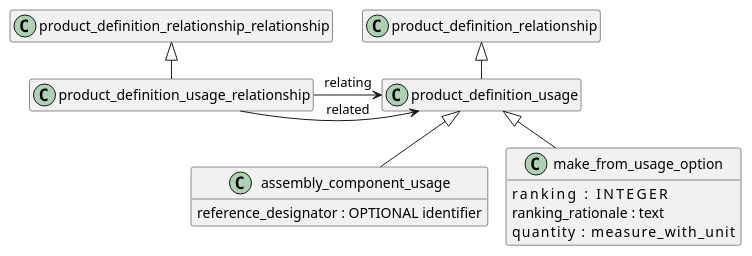
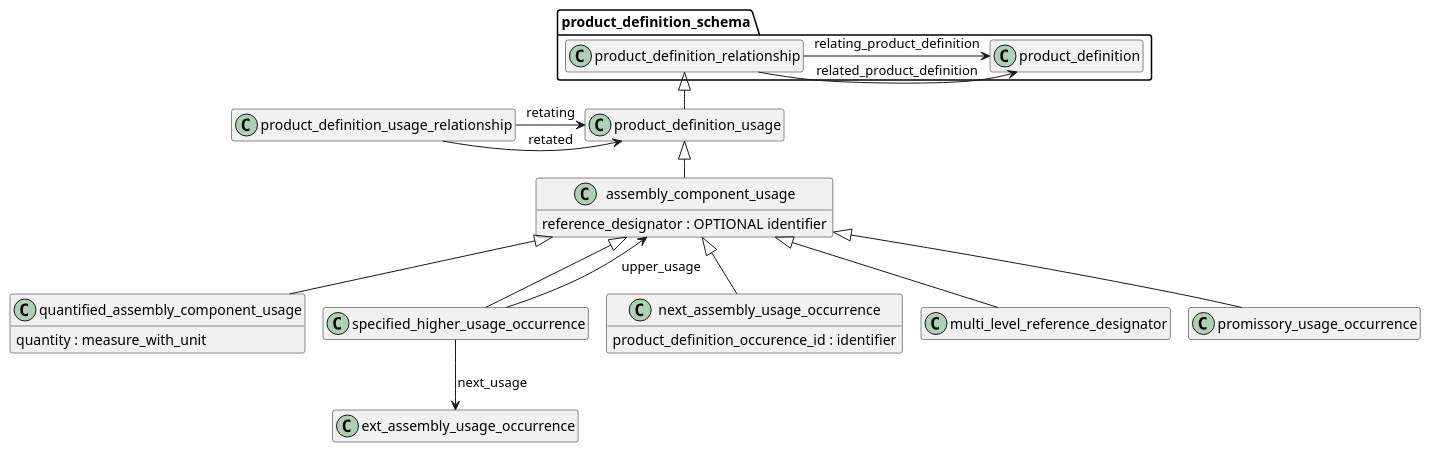
Before and after one commit to chukkaba/10303: the diagram in 003 Product structure/product_structure/source/product_structure.pu, drawn with PlantUML. The commit also changed 37 other files, not shown here.

```diff
--- a/003 Product structure/product_structure/source/product_structure.pu
+++ b/003 Product structure/product_structure/source/product_structure.pu
@@ -1,44 +1,48 @@
 @startuml
 
 !pragma layout smetana
 'skinparam groupInheritance 2
 hide empty members
 
 
-class product_definition_relationship
+package product_definition_schema {
+  class product_definition_relationship
+  class product_definition
+  }
+product_definition_relationship -right-> product_definition : relating_product_definition
+product_definition_relationship -right-> product_definition : related_product_definition
+
+class product_definition_usage
+product_definition_usage -up-|> product_definition_relationship
 
 class assembly_component_usage {
   reference_designator : OPTIONAL identifier
 } 
-
-class make_from_usage_option {
-  ranking           : INTEGER
-  ranking_rationale : text
-  quantity          : measure_with_unit
-} 
-
-'class make_from_usage_option_group
+assembly_component_usage -up-|> product_definition_usage
 
 
+class quantified_assembly_component_usage {
+  quantity : measure_with_unit
+} 
+quantified_assembly_component_usage -up-|> assembly_component_usage
 
-class product_definition_usage
+specified_higher_usage_occurrence -up-|> assembly_component_usage
+specified_higher_usage_occurrence --> assembly_component_usage : upper_usage
+specified_higher_usage_occurrence --> ext_assembly_usage_occurrence : next_usage
 
-class product_definition_usage_relationship
-
-'product_definition_occurrence_reference_with_local_representation -up-|> generic_product_definition_reference
-
-' Связи
-
-'make_from_usage_option_group -up-> make_from_usage_option : members S[2:?]
-product_definition_usage_relationship -right-> product_definition_usage : relating
-product_definition_usage_relationship -right-> product_definition_usage : related
+class next_assembly_usage_occurrence {
+product_definition_occurence_id : identifier
+}
+next_assembly_usage_occurrence -up-|> assembly_component_usage
 
 
-' Наследование 
-make_from_usage_option -up-|> product_definition_usage
+class multi_level_reference_designator 
+multi_level_reference_designator -up-|> assembly_component_usage
 
-assembly_component_usage -up-|> product_definition_usage
-product_definition_usage -up-|> product_definition_relationship
-product_definition_usage_relationship -up-|> product_definition_relationship_relationship
+class promissory_usage_occurrence
+promissory_usage_occurrence-up-|> assembly_component_usage
+
+product_definition_usage_relationship -right-> product_definition_usage : retating
+product_definition_usage_relationship -right-> product_definition_usage : retated
 
 @enduml
```
